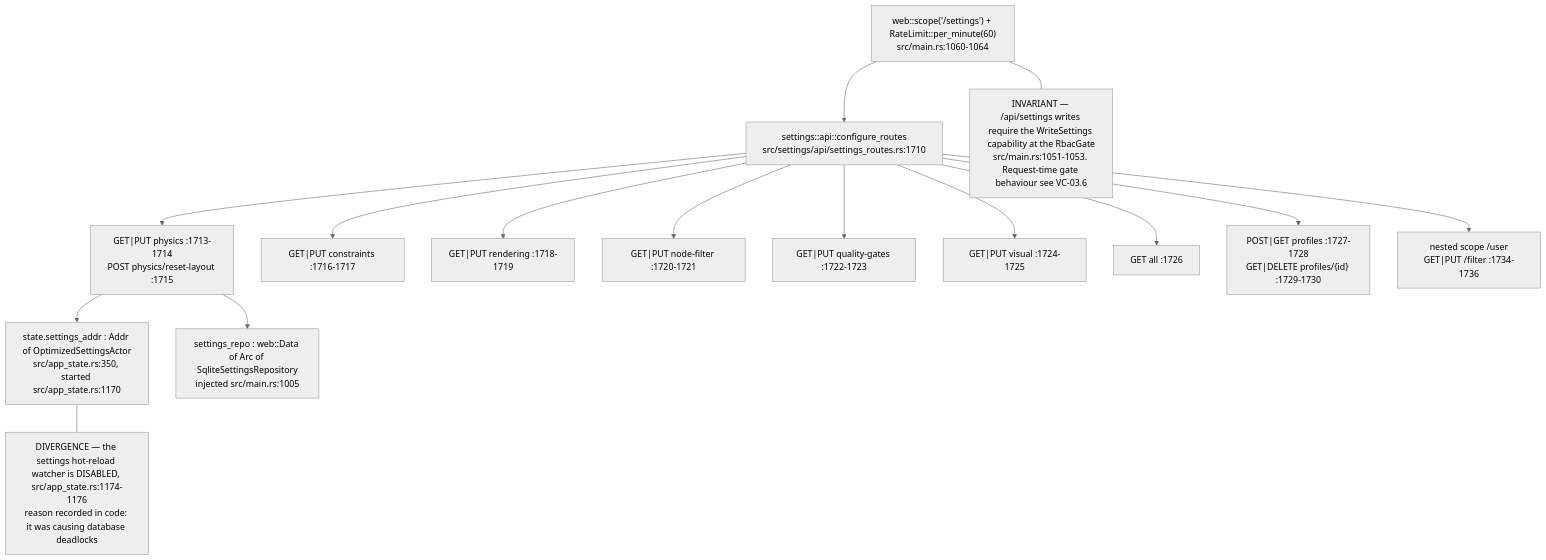
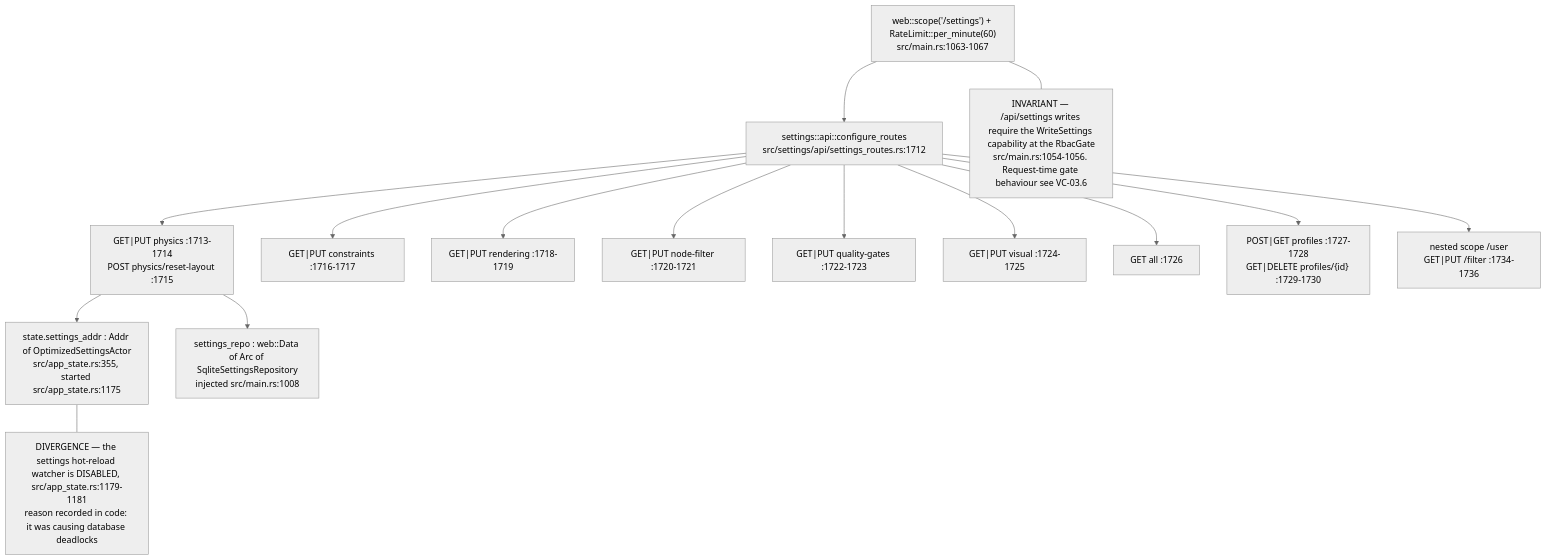
The first of 10 diagrams in docs/diagrams/visionclaw/06-settings-round-trip.md (DreamLab-AI/AR-AI-Knowledge-Graph), drawn with Mermaid (neutral theme) before and after one commit. The commit also changed other lines of this file and 73 other files, not shown here.

First line of the commit message:
docs(diagrams): re-verify all 71 topic files against HEAD; add --cite-check

````diff
--- a/docs/diagrams/visionclaw/06-settings-round-trip.md
+++ b/docs/diagrams/visionclaw/06-settings-round-trip.md
@@ -33,22 +33,22 @@
 ```mermaid
 flowchart TB
-    S["web::scope('/settings') + RateLimit::per_minute(60)<br/>src/main.rs:1060-1064"]
-    S --> CFG["settings::api::configure_routes<br/>src/settings/api/settings_routes.rs:1710"]
+    S["web::scope('/settings') + RateLimit::per_minute(60)<br/>src/main.rs:1063-1067"]
+    S --> CFG["settings::api::configure_routes<br/>src/settings/api/settings_routes.rs:1712"]
     CFG --> P["GET|PUT physics :1713-1714<br/>POST physics/reset-layout :1715"]
     CFG --> C["GET|PUT constraints :1716-1717"]
     CFG --> R["GET|PUT rendering :1718-1719"]
     CFG --> NF["GET|PUT node-filter :1720-1721"]
     CFG --> QG["GET|PUT quality-gates :1722-1723"]
     CFG --> V["GET|PUT visual :1724-1725"]
     CFG --> AL["GET all :1726"]
     CFG --> PR["POST|GET profiles :1727-1728<br/>GET|DELETE profiles/{id} :1729-1730"]
     CFG --> U["nested scope /user<br/>GET|PUT /filter :1734-1736"]
-    ACT["state.settings_addr : Addr of OptimizedSettingsActor<br/>src/app_state.rs:350, started src/app_state.rs:1170"]
-    REPO["settings_repo : web::Data of Arc of SqliteSettingsRepository<br/>injected src/main.rs:1005"]
+    ACT["state.settings_addr : Addr of OptimizedSettingsActor<br/>src/app_state.rs:355, started src/app_state.rs:1175"]
+    REPO["settings_repo : web::Data of Arc of SqliteSettingsRepository<br/>injected src/main.rs:1008"]
     P --> ACT
     P --> REPO
-    N1["INVARIANT — /api/settings writes require the WriteSettings capability at the RbacGate<br/>src/main.rs:1051-1053. Request-time gate behaviour see VC-03.6"]
+    N1["INVARIANT — /api/settings writes require the WriteSettings capability at the RbacGate<br/>src/main.rs:1054-1056. Request-time gate behaviour see VC-03.6"]
     S --- N1
-    N2["DIVERGENCE — the settings hot-reload watcher is DISABLED, src/app_state.rs:1174-1176<br/>reason recorded in code: it was causing database deadlocks"]
+    N2["DIVERGENCE — the settings hot-reload watcher is DISABLED, src/app_state.rs:1179-1181<br/>reason recorded in code: it was causing database deadlocks"]
     ACT --- N2
 ```
````
